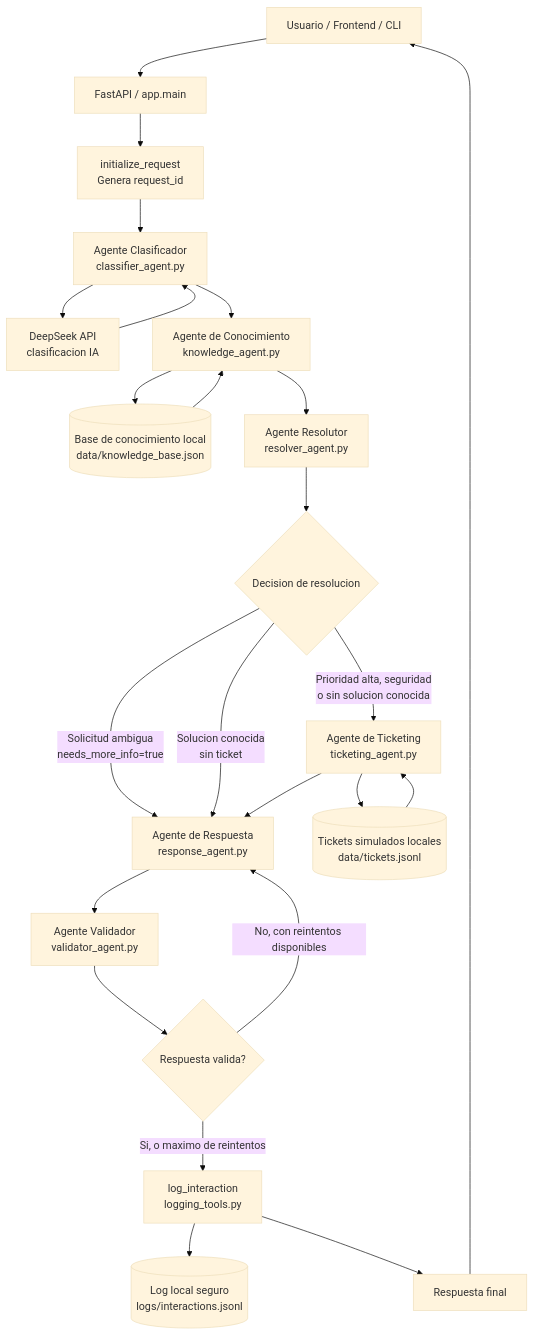
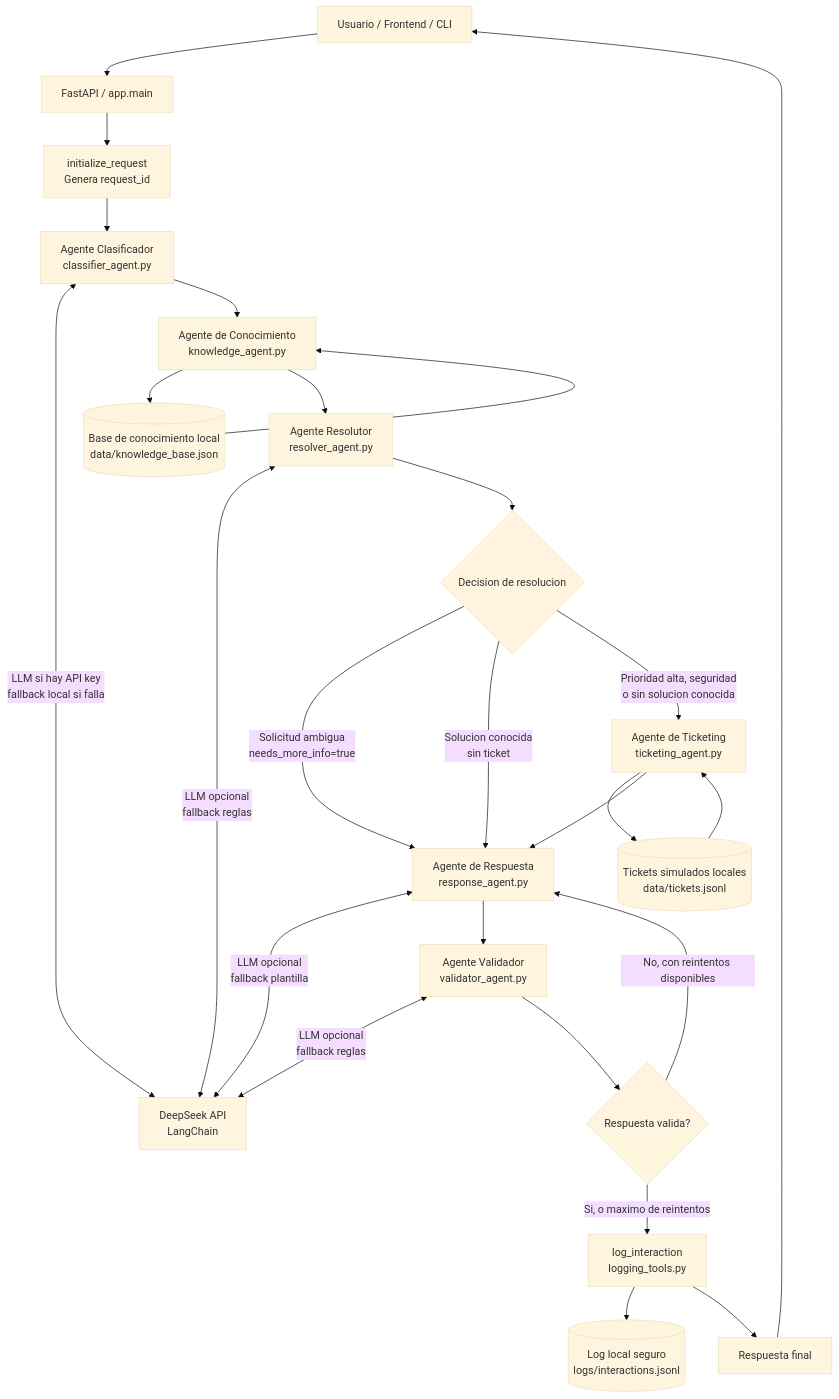
The first of 2 diagrams in docs/diagrams/orquestacion-agentes.md (jvaldivia13/orquest-agent-1), drawn with Mermaid (base theme) before and after one commit. The commit also changed other lines of this file and 1 other file, not shown here.

Commit message:
docs: document llm agent fallbacks

````diff
--- a/docs/diagrams/orquestacion-agentes.md
+++ b/docs/diagrams/orquestacion-agentes.md
@@ -5,32 +5,34 @@
 ```mermaid
 flowchart TD
     User[Usuario / Frontend / CLI] --> API[FastAPI / app.main]
     API --> Init[initialize_request<br/>Genera request_id]
 
     Init --> Classifier[Agente Clasificador<br/>classifier_agent.py]
-    Classifier --> DeepSeek[DeepSeek API<br/>clasificacion IA]
-    DeepSeek --> Classifier
+    Classifier <-->|LLM si hay API key<br/>fallback local si falla| DeepSeek[DeepSeek API<br/>LangChain]
     Classifier --> Knowledge[Agente de Conocimiento<br/>knowledge_agent.py]
 
     Knowledge --> KB[(Base de conocimiento local<br/>data/knowledge_base.json)]
     KB --> Knowledge
     Knowledge --> Resolver[Agente Resolutor<br/>resolver_agent.py]
+    Resolver <-->|LLM opcional<br/>fallback reglas| DeepSeek
 
     Resolver --> Decision{Decision de resolucion}
     Decision -->|Solicitud ambigua<br/>needs_more_info=true| Response[Agente de Respuesta<br/>response_agent.py]
     Decision -->|Solucion conocida<br/>sin ticket| Response
     Decision -->|Prioridad alta, seguridad<br/>o sin solucion conocida| Ticketing[Agente de Ticketing<br/>ticketing_agent.py]
 
     Ticketing --> Tickets[(Tickets simulados locales<br/>data/tickets.jsonl)]
     Tickets --> Ticketing
     Ticketing --> Response
 
+    Response <-->|LLM opcional<br/>fallback plantilla| DeepSeek
     Response --> Validator[Agente Validador<br/>validator_agent.py]
+    Validator <-->|LLM opcional<br/>fallback reglas| DeepSeek
     Validator --> ValidDecision{Respuesta valida?}
     ValidDecision -->|No, con reintentos disponibles| Response
     ValidDecision -->|Si, o maximo de reintentos| Logger[log_interaction<br/>logging_tools.py]
 
     Logger --> Logs[(Log local seguro<br/>logs/interactions.jsonl)]
     Logger --> End[Respuesta final]
     End --> User
 ```
````
